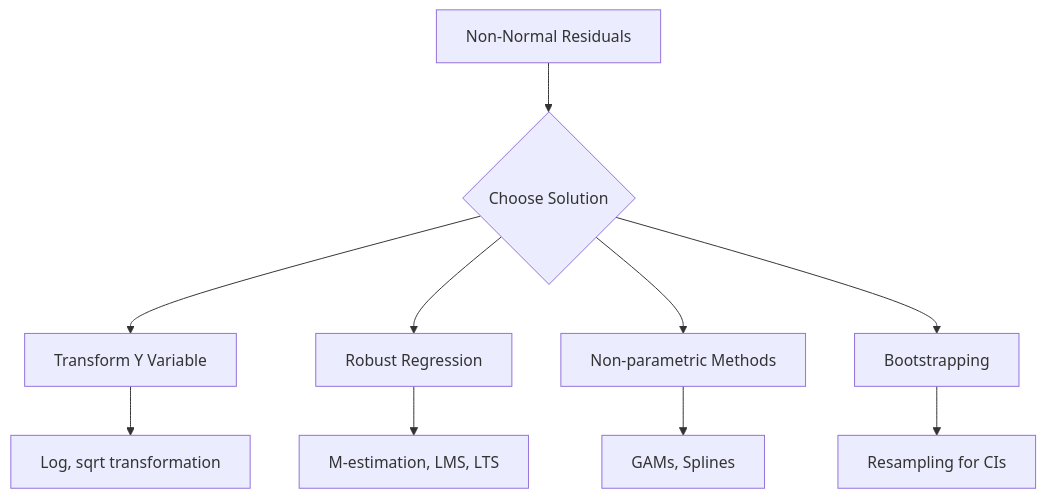
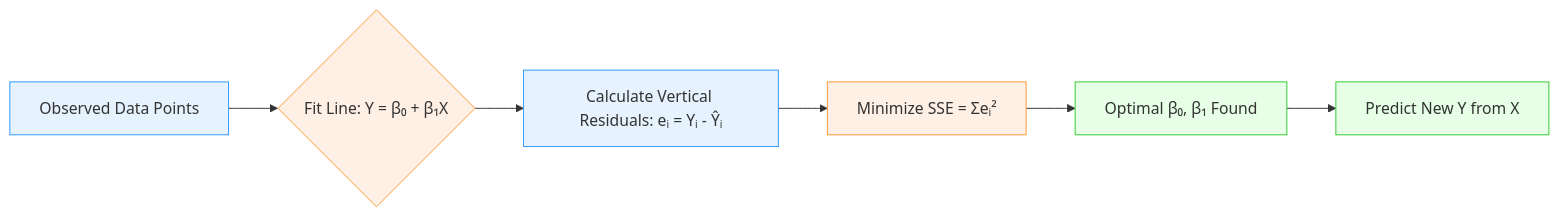
Before and after one commit to beingAnujChaudhary/personalNotes: the first of 5 diagrams in notebooks/9. regression/SLR/readme.md, drawn with Mermaid. The commit also changed other lines of this file and 7 other files, not shown here.

````diff
--- a/notebooks/9. regression/SLR/readme.md
+++ b/notebooks/9. regression/SLR/readme.md
@@ -420,13 +58,14 @@
 ```mermaid
-graph TD
-    A[Non-Normal Residuals] --> B{Choose Solution}
-    B --> C[Transform Y Variable]
-    B --> D[Robust Regression]
-    B --> E[Non-parametric Methods]
-    B --> F[Bootstrapping]
-    
-    C --> C1[Log, sqrt transformation]
-    D --> D1[M-estimation, LMS, LTS]
-    E --> E1[GAMs, Splines]
-    F --> F1[Resampling for CIs]
+flowchart LR
+    A[Observed Data Points] --> B{Fit Line: Y = β₀ + β₁X}
+    B --> C[Calculate Vertical Residuals: eᵢ = Yᵢ - Ŷᵢ]
+    C --> D[Minimize SSE = Σeᵢ²]
+    D --> E[Optimal β₀, β₁ Found]
+    E --> F[Predict New Y from X]
+    classDef data fill:#e6f3ff,stroke:#3399ff;
+    classDef math fill:#fff0e6,stroke:#ff9933;
+    classDef result fill:#e6ffe6,stroke:#33cc33;
+    class A,C data
+    class B,D math
+    class E,F result
 ```
````
